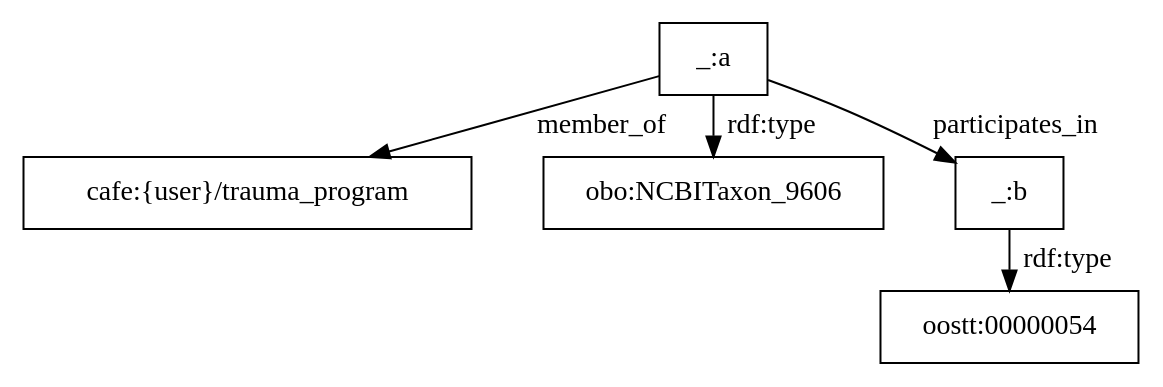
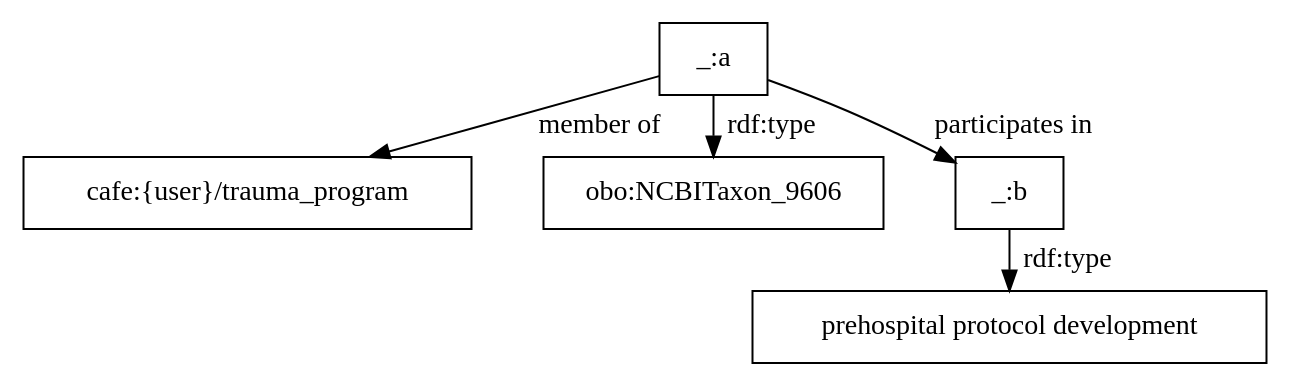
One commit to utecht/dideo-server changed the diagram in cafe/graphs/134.dot. Above: the diagram before and after it, drawn with Graphviz. The commit also changed 20 other files, not shown here.

Commit message:
more graph syntax

```diff
--- a/cafe/graphs/134.dot
+++ b/cafe/graphs/134.dot
@@ -1,7 +1,7 @@
 digraph g { node [shape=rectangle];
 graph [splines=true, nodesep=.5, ranksep=0, overlap=false];
-"_:a" -> "cafe:{user}/trauma_program" [label="member_of"]
+"_:a" -> "cafe:{user}/trauma_program" [label="member of"]
 "_:a" -> "obo:NCBITaxon_9606" [label="rdf:type"]
-"_:a" -> "_:b" [label="participates_in"]
-"_:b" -> "oostt:00000054" [label="rdf:type"]
+"_:a" -> "_:b" [label="participates in"]
+"_:b" -> "prehospital protocol development" [label="rdf:type"]
 }
```
